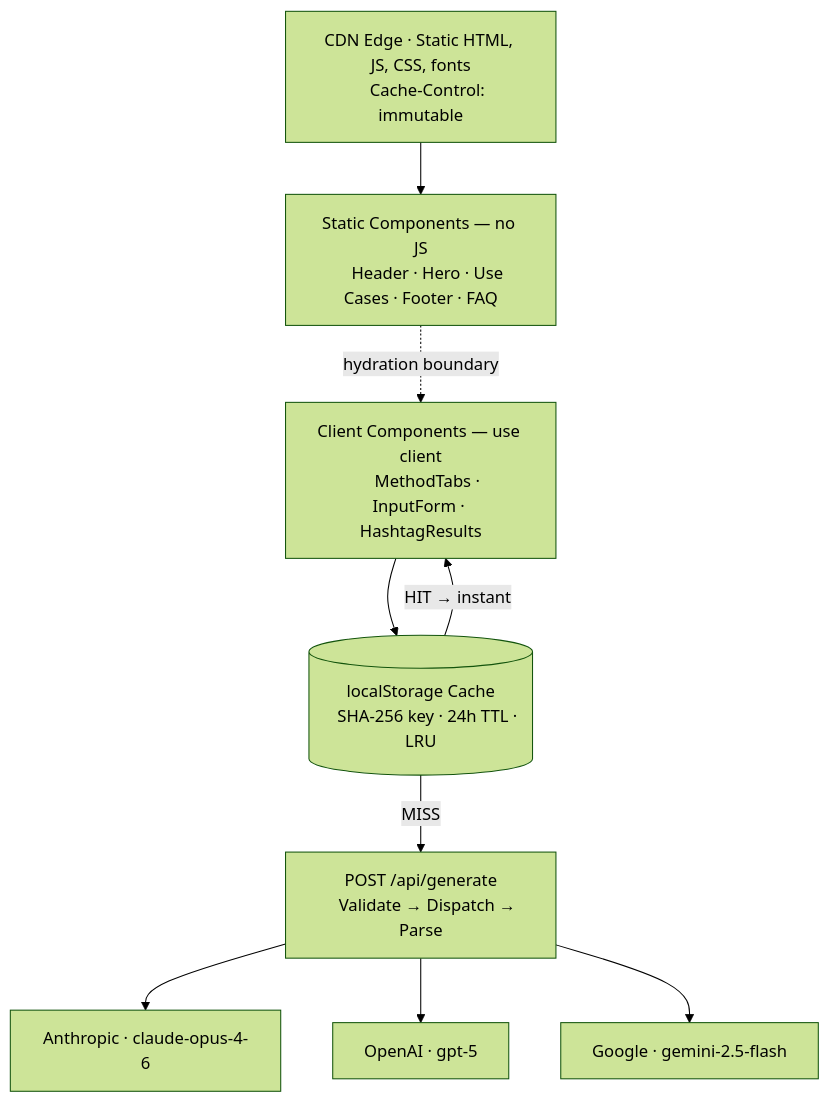
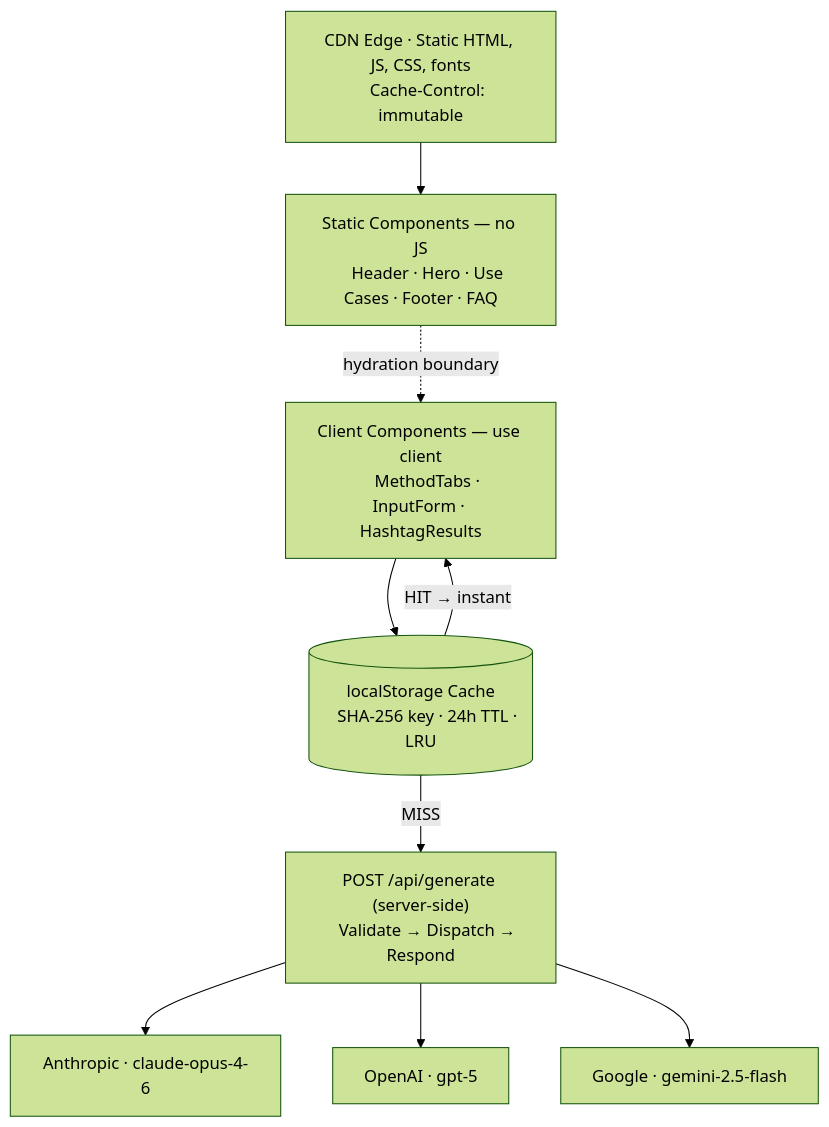
The diagram in README.md (kalebjdavenport/HashtagGeneratorPro), drawn with Mermaid (forest theme) before and after one commit. The commit also changed other lines of this file, not shown here.

First line of the commit message:
Clarify API route pipeline in Mermaid diagram and README

````diff
--- a/README.md
+++ b/README.md
@@ -65,21 +65,21 @@
 ```mermaid
 flowchart TD
     CDN["CDN Edge · Static HTML, JS, CSS, fonts
     Cache-Control: immutable"]
     CDN --> Static
     Static["Static Components — no JS
     Header · Hero · Use Cases · Footer · FAQ"]
     Static -. hydration boundary .-> Interactive
     Interactive["Client Components — use client
     MethodTabs · InputForm · HashtagResults"]
     Interactive --> Cache
     Cache[("localStorage Cache
     SHA-256 key · 24h TTL · LRU")]
     Cache -- HIT → instant --> Interactive
     Cache -- MISS --> Route
-    Route["POST /api/generate
-    Validate → Dispatch → Parse"]
+    Route["POST /api/generate (server-side)
+    Validate → Dispatch → Respond"]
     Route --> Claude[Anthropic · claude-opus-4-6]
     Route --> GPT[OpenAI · gpt-5]
     Route --> Gemini[Google · gemini-2.5-flash]
 ```
````
